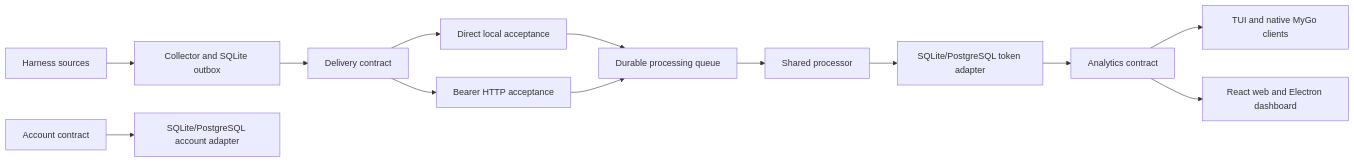
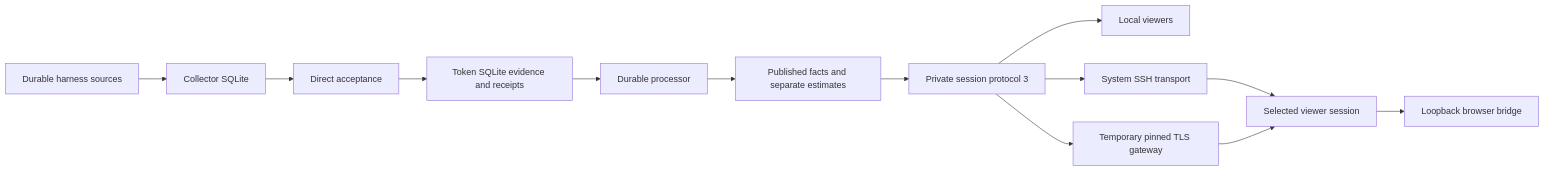
Before and after one commit to flexdinesh/tokeninsights: the diagram in docs/system.md, drawn with Mermaid. The commit also changed other lines of this file and 391 other files, not shown here.

````diff
--- a/docs/system.md
+++ b/docs/system.md
@@ -13,15 +13,15 @@
 ```mermaid
 flowchart LR
-  S[Harness sources] --> C[Collector and SQLite outbox]
-  C --> D[Delivery contract]
-  D --> L[Direct local acceptance]
-  D --> H[Bearer HTTP acceptance]
-  L --> Q[Durable processing queue]
-  H --> Q
-  Q --> P[Shared processor]
-  P --> T[SQLite/PostgreSQL token adapter]
-  T --> R[Analytics contract]
-  R --> U[TUI and native MyGo clients]
-  R --> W[React web and Electron dashboard]
-  A[Account contract] --> AS[SQLite/PostgreSQL account adapter]
+  S[Durable harness sources] --> C[Collector SQLite]
+  C --> A[Direct acceptance]
+  A --> E[Token SQLite evidence and receipts]
+  E --> P[Durable processor]
+  P --> Q[Published facts and separate estimates]
+  Q --> U[Private session protocol 3]
+  U --> L[Local viewers]
+  U --> H[System SSH transport]
+  U --> G[Temporary pinned TLS gateway]
+  H --> V[Selected viewer session]
+  G --> V
+  V --> B[Loopback browser bridge]
 ```
````
